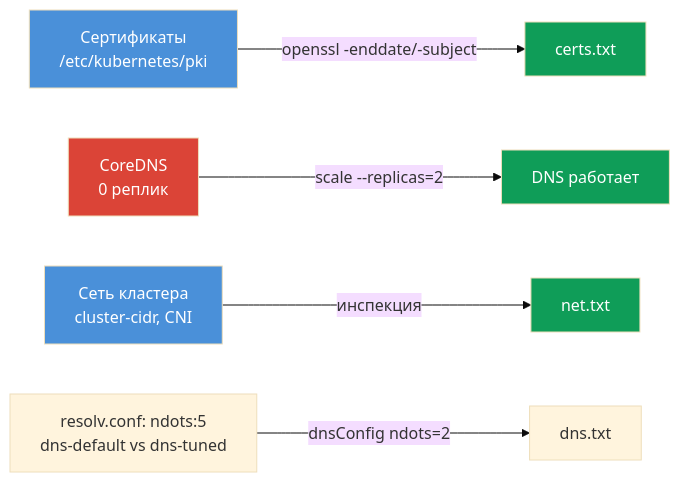
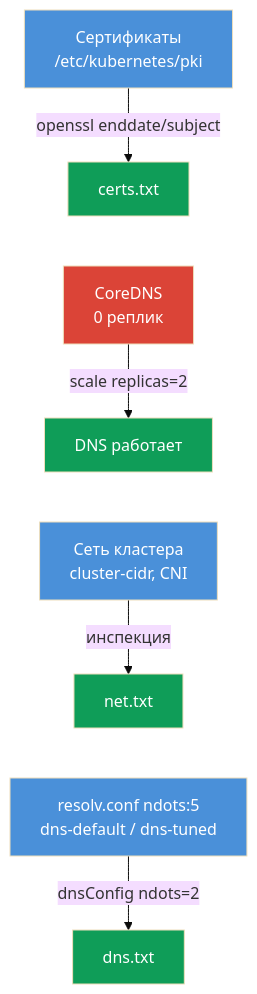
Before and after one commit to ViktorUJ/cks: the diagram in tasks/cka/labs/118/README_RU.MD, drawn with Mermaid (base theme). The commit also changed other lines of this file and 36 other files, not shown here.

````diff
--- a/tasks/cka/labs/118/README_RU.MD
+++ b/tasks/cka/labs/118/README_RU.MD
@@ -31,13 +38,18 @@
 ```mermaid
-flowchart LR
-    a["Сертификаты<br>/etc/kubernetes/pki"] -->|"openssl -enddate/-subject"| a2["certs.txt"]
-    b["CoreDNS<br>0 реплик"] -->|"scale --replicas=2"| b2["DNS работает"]
+flowchart TB
+    a["Сертификаты<br>/etc/kubernetes/pki"] -->|"openssl enddate/subject"| a2["certs.txt"]
+    b["CoreDNS<br>0 реплик"] -->|"scale replicas=2"| b2["DNS работает"]
     c["Сеть кластера<br>cluster-cidr, CNI"] -->|"инспекция"| c2["net.txt"]
-    d["resolv.conf: ndots:5<br>dns-default vs dns-tuned"] -->|"dnsConfig ndots=2"| d2["dns.txt"]
+    d["resolv.conf ndots:5<br>dns-default / dns-tuned"] -->|"dnsConfig ndots=2"| d2["dns.txt"]
+    a2 ~~~ b
+    b2 ~~~ c
+    c2 ~~~ d
     style a fill:#4a90d9,color:#fff
     style b fill:#db4437,color:#fff
     style c fill:#4a90d9,color:#fff
+    style d fill:#4a90d9,color:#fff
     style a2 fill:#0f9d58,color:#fff
     style b2 fill:#0f9d58,color:#fff
     style c2 fill:#0f9d58,color:#fff
+    style d2 fill:#0f9d58,color:#fff
 ```
````
